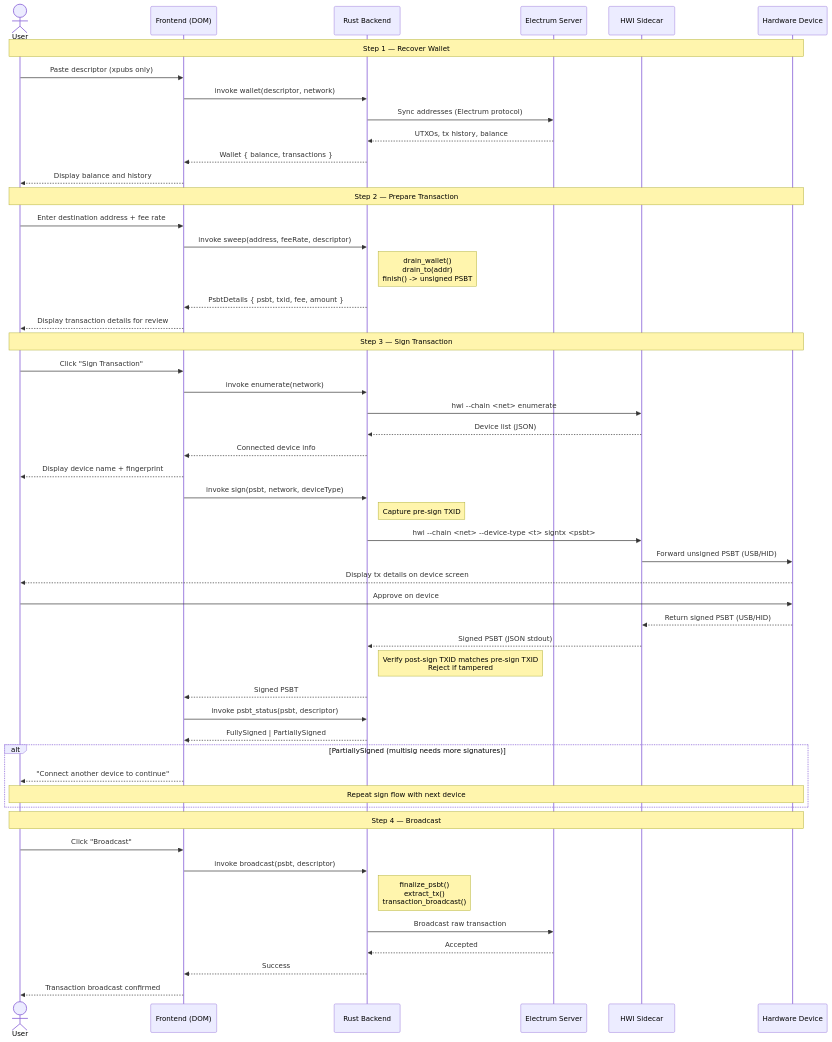
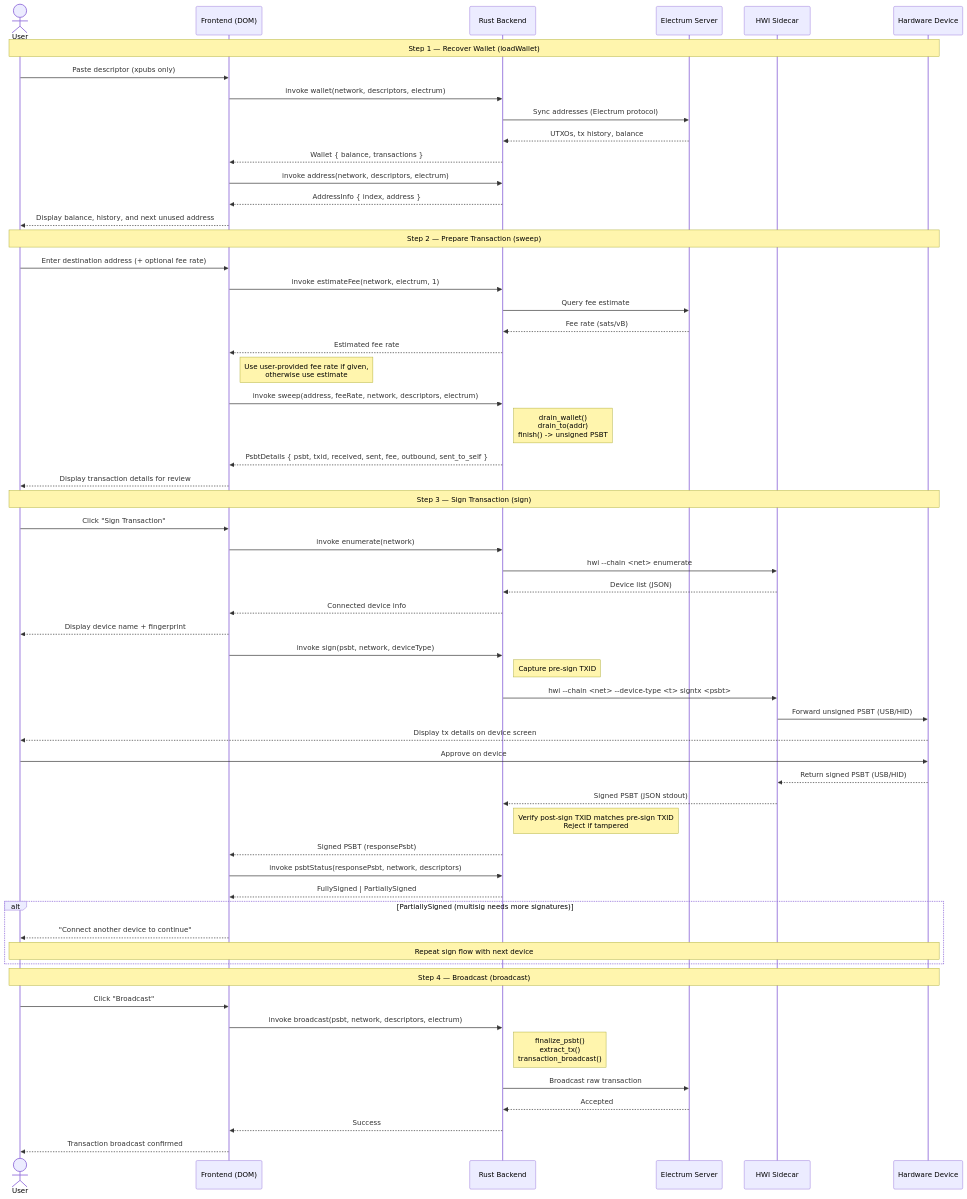
The third of 4 diagrams in ARCHITECTURE.md (swan-bitcoin/swan-vault-recovery-assistant), drawn with Mermaid before and after one commit. The commit also changed other lines of this file, not shown here.

Commit message:
Update missed functions

````diff
--- a/ARCHITECTURE.md
+++ b/ARCHITECTURE.md
@@ -161,64 +161,71 @@
 ```mermaid
 sequenceDiagram
     actor User
     participant FE as Frontend (DOM)
     participant BE as Rust Backend
     participant ES as Electrum Server
     participant HWI as HWI Sidecar
     participant HW as Hardware Device
 
-    note over User, HW: Step 1 — Recover Wallet
+    note over User, HW: Step 1 — Recover Wallet (loadWallet)
 
     User ->> FE: Paste descriptor (xpubs only)
-    FE ->> BE: invoke wallet(descriptor, network)
+    FE ->> BE: invoke wallet(network, descriptors, electrum)
     BE ->> ES: Sync addresses (Electrum protocol)
     ES -->> BE: UTXOs, tx history, balance
     BE -->> FE: Wallet { balance, transactions }
-    FE -->> User: Display balance and history
+    FE ->> BE: invoke address(network, descriptors, electrum)
+    BE -->> FE: AddressInfo { index, address }
+    FE -->> User: Display balance, history, and next unused address
 
-    note over User, HW: Step 2 — Prepare Transaction
+    note over User, HW: Step 2 — Prepare Transaction (sweep)
 
-    User ->> FE: Enter destination address + fee rate
-    FE ->> BE: invoke sweep(address, feeRate, descriptor)
+    User ->> FE: Enter destination address (+ optional fee rate)
+    FE ->> BE: invoke estimateFee(network, electrum, 1)
+    BE ->> ES: Query fee estimate
+    ES -->> BE: Fee rate (sats/vB)
+    BE -->> FE: Estimated fee rate
+    note right of FE: Use user-provided fee rate if given,<br/>otherwise use estimate
+    FE ->> BE: invoke sweep(address, feeRate, network, descriptors, electrum)
     note right of BE: drain_wallet()<br/>drain_to(addr)<br/>finish() -> unsigned PSBT
-    BE -->> FE: PsbtDetails { psbt, txid, fee, amount }
+    BE -->> FE: PsbtDetails { psbt, txid, received, sent, fee, outbound, sent_to_self }
     FE -->> User: Display transaction details for review
 
-    note over User, HW: Step 3 — Sign Transaction
+    note over User, HW: Step 3 — Sign Transaction (sign)
 
     User ->> FE: Click "Sign Transaction"
     FE ->> BE: invoke enumerate(network)
     BE ->> HWI: hwi --chain <net> enumerate
     HWI -->> BE: Device list (JSON)
     BE -->> FE: Connected device info
     FE -->> User: Display device name + fingerprint
 
     FE ->> BE: invoke sign(psbt, network, deviceType)
     note right of BE: Capture pre-sign TXID
     BE ->> HWI: hwi --chain <net> --device-type <t> signtx <psbt>
     HWI ->> HW: Forward unsigned PSBT (USB/HID)
     HW -->> User: Display tx details on device screen
     User ->> HW: Approve on device
     HW -->> HWI: Return signed PSBT (USB/HID)
     HWI -->> BE: Signed PSBT (JSON stdout)
     note right of BE: Verify post-sign TXID matches pre-sign TXID<br/>Reject if tampered
 
-    BE -->> FE: Signed PSBT
-    FE ->> BE: invoke psbt_status(psbt, descriptor)
+    BE -->> FE: Signed PSBT (responsePsbt)
+    FE ->> BE: invoke psbtStatus(responsePsbt, network, descriptors)
     BE -->> FE: FullySigned | PartiallySigned
 
     alt PartiallySigned (multisig needs more signatures)
         FE -->> User: "Connect another device to continue"
         note over User, HW: Repeat sign flow with next device
     end
 
-    note over User, HW: Step 4 — Broadcast
+    note over User, HW: Step 4 — Broadcast (broadcast)
 
     User ->> FE: Click "Broadcast"
-    FE ->> BE: invoke broadcast(psbt, descriptor)
+    FE ->> BE: invoke broadcast(psbt, network, descriptors, electrum)
     note right of BE: finalize_psbt()<br/>extract_tx()<br/>transaction_broadcast()
     BE ->> ES: Broadcast raw transaction
     ES -->> BE: Accepted
     BE -->> FE: Success
     FE -->> User: Transaction broadcast confirmed
 ```
````
